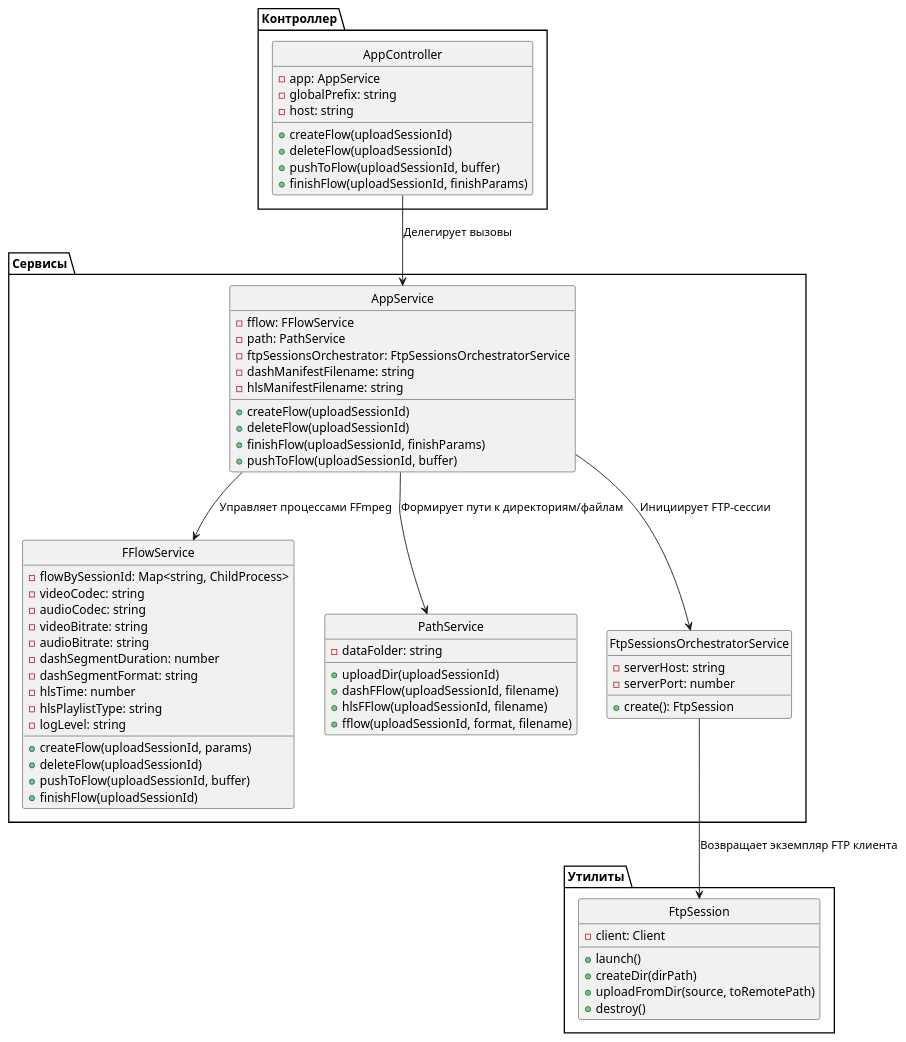
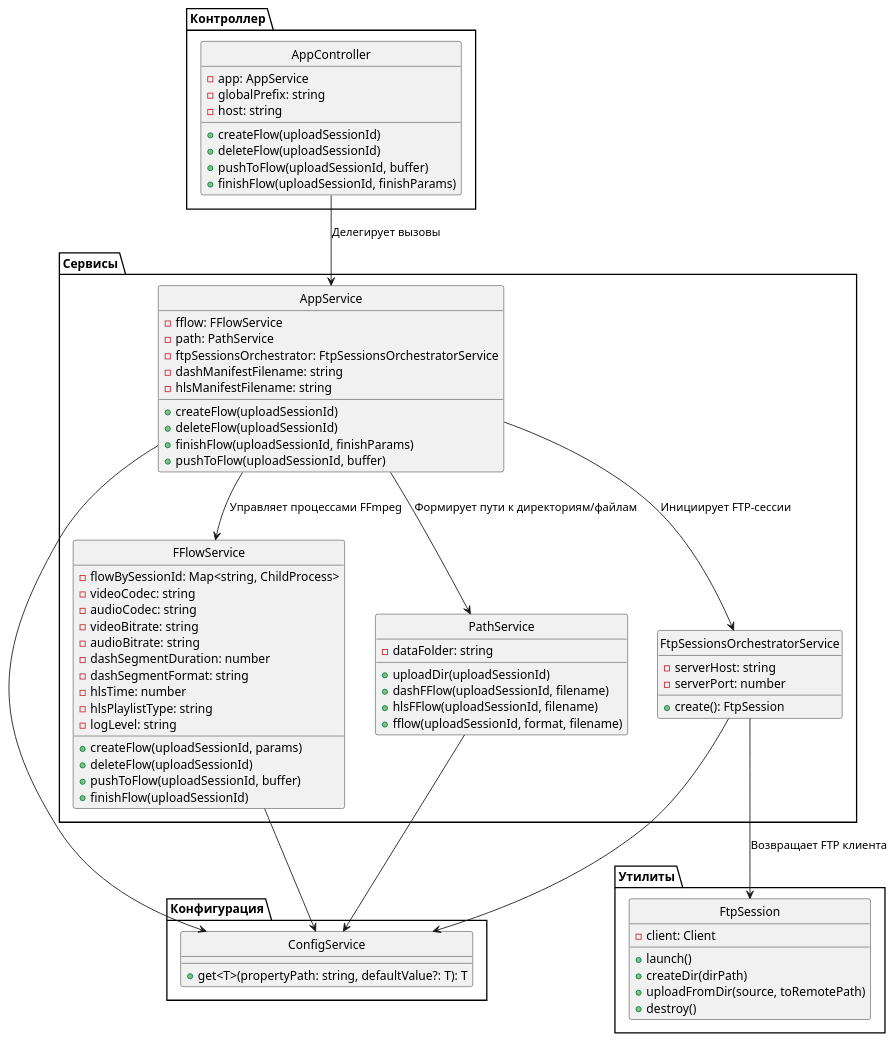
The diagram in uml/plantuml/fflow.puml (StombieIT/retube), drawn with PlantUML before and after one commit.

Commit message:
Добавил изображение конфигурации fflow

```diff
--- a/uml/plantuml/fflow.puml
+++ b/uml/plantuml/fflow.puml
@@ -1,78 +1,90 @@
-@startuml FFlow
+@startuml
 skinparam style strictuml
 
 package "Контроллер" {
     class AppController {
         - app: AppService
         - globalPrefix: string
         - host: string
         + createFlow(uploadSessionId)
         + deleteFlow(uploadSessionId)
         + pushToFlow(uploadSessionId, buffer)
         + finishFlow(uploadSessionId, finishParams)
     }
 }
 
 package "Сервисы" {
     class AppService {
         - fflow: FFlowService
         - path: PathService
         - ftpSessionsOrchestrator: FtpSessionsOrchestratorService
         - dashManifestFilename: string
         - hlsManifestFilename: string
         + createFlow(uploadSessionId)
         + deleteFlow(uploadSessionId)
         + finishFlow(uploadSessionId, finishParams)
         + pushToFlow(uploadSessionId, buffer)
     }
 
     class FFlowService {
         - flowBySessionId: Map<string, ChildProcess>
         - videoCodec: string
         - audioCodec: string
         - videoBitrate: string
         - audioBitrate: string
         - dashSegmentDuration: number
         - dashSegmentFormat: string
         - hlsTime: number
         - hlsPlaylistType: string
         - logLevel: string
         + createFlow(uploadSessionId, params)
         + deleteFlow(uploadSessionId)
         + pushToFlow(uploadSessionId, buffer)
         + finishFlow(uploadSessionId)
     }
 
     class PathService {
         - dataFolder: string
         + uploadDir(uploadSessionId)
         + dashFFlow(uploadSessionId, filename)
         + hlsFFlow(uploadSessionId, filename)
         + fflow(uploadSessionId, format, filename)
     }
 
     class FtpSessionsOrchestratorService {
         - serverHost: string
         - serverPort: number
         + create(): FtpSession
     }
 }
 
 package "Утилиты" {
     class FtpSession {
         - client: Client
         + launch()
         + createDir(dirPath)
         + uploadFromDir(source, toRemotePath)
         + destroy()
     }
 }
 
+package "Конфигурация" {
+    class ConfigService {
+        + get<T>(propertyPath: string, defaultValue?: T): T
+    }
+}
+
 ' Взаимодействия (зависимости между компонентами):
 AppController --> AppService : Делегирует вызовы
 AppService --> FFlowService : Управляет процессами FFmpeg
 AppService --> PathService : Формирует пути к директориям/файлам
 AppService --> FtpSessionsOrchestratorService : Инициирует FTP-сессии
-FtpSessionsOrchestratorService --> FtpSession : Возвращает экземпляр FTP клиента
+
+AppService --> ConfigService
+FFlowService --> ConfigService
+PathService --> ConfigService
+FtpSessionsOrchestratorService --> ConfigService
+
+FtpSessionsOrchestratorService --> FtpSession : Возвращает FTP клиента
 
 @enduml
```
